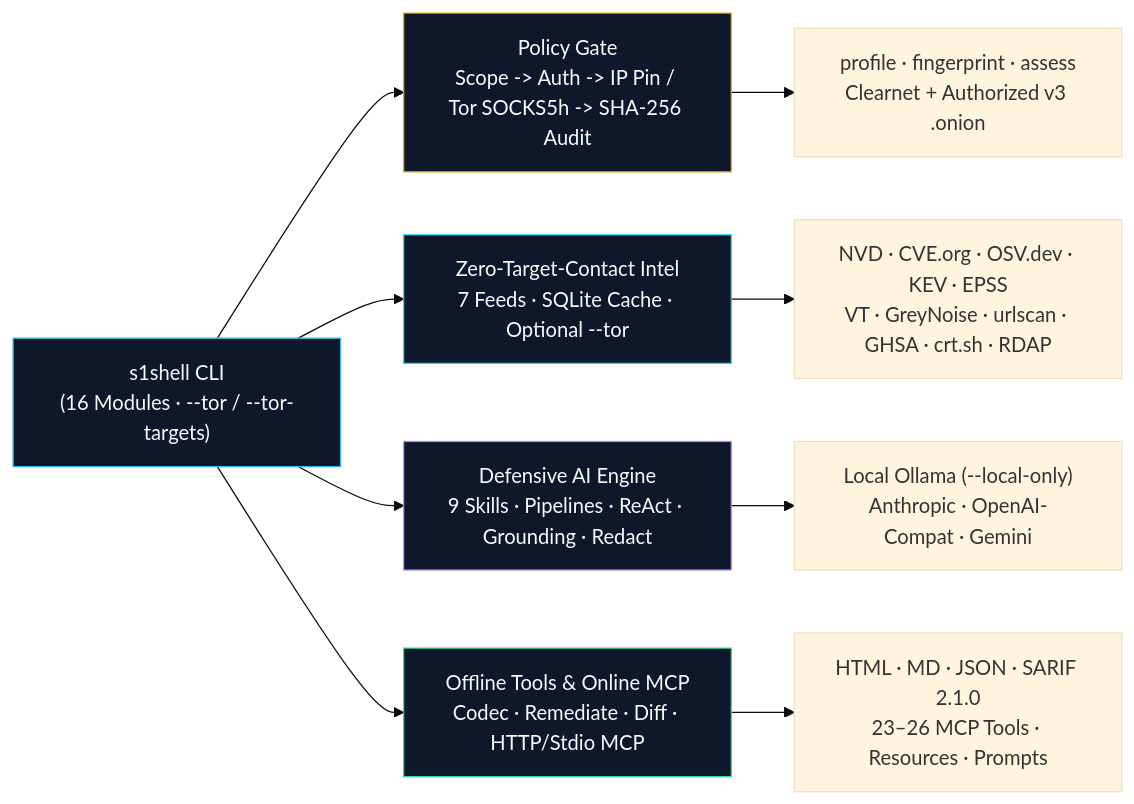
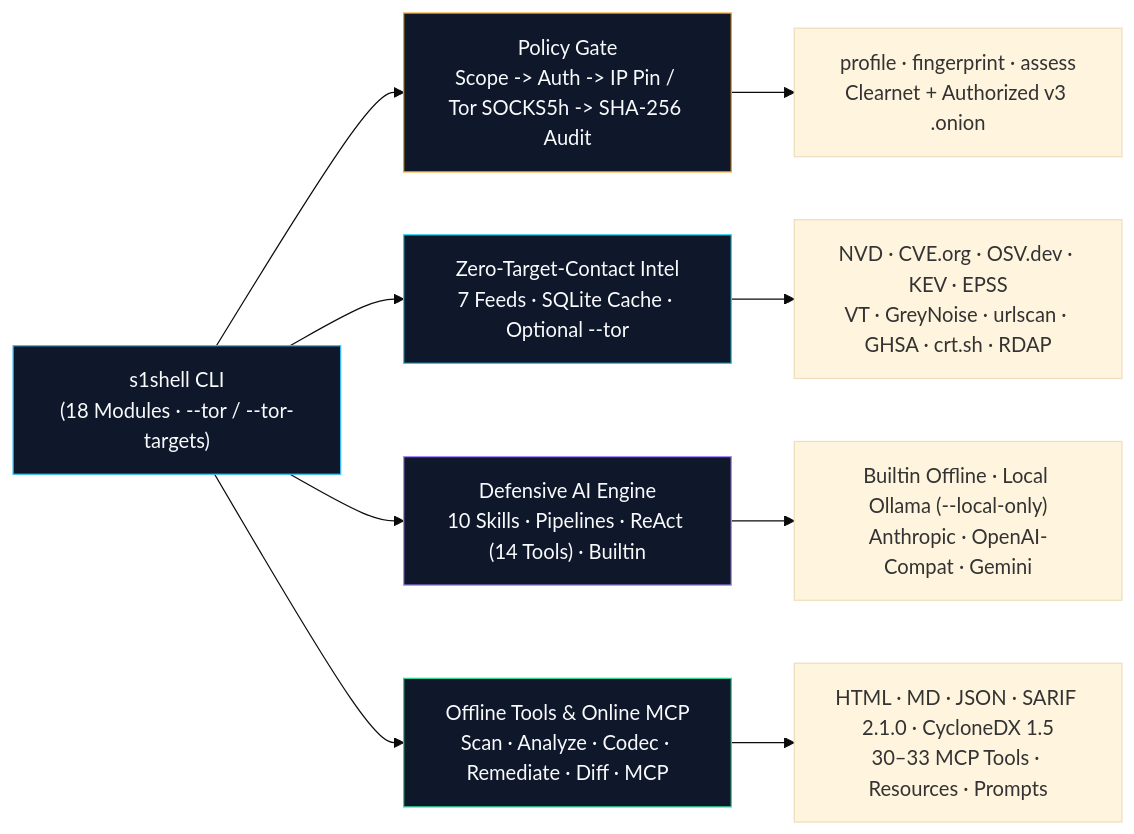
The first of 2 diagrams in README.md (willygailo/ProjectPY), drawn with Mermaid (base theme) before and after one commit. The commit also changed other lines of this file and 29 other files, not shown here.

Commit message:
feat: add offline security scanner, deep policy analyzers, and expanded test suite

````diff
--- a/README.md
+++ b/README.md
@@ -38,18 +38,18 @@
 ```mermaid
 flowchart LR
-    CLI["s1shell CLI\n(16 Modules · --tor / --tor-targets)"] --> GATE["Policy Gate\nScope -> Auth -> IP Pin / Tor SOCKS5h -> SHA-256 Audit"]
+    CLI["s1shell CLI\n(18 Modules · --tor / --tor-targets)"] --> GATE["Policy Gate\nScope -> Auth -> IP Pin / Tor SOCKS5h -> SHA-256 Audit"]
     CLI --> INTEL["Zero-Target-Contact Intel\n7 Feeds · SQLite Cache · Optional --tor"]
-    CLI --> AI["Defensive AI Engine\n9 Skills · Pipelines · ReAct · Grounding · Redact"]
-    CLI --> OFFLINE["Offline Tools & Online MCP\nCodec · Remediate · Diff · HTTP/Stdio MCP"]
+    CLI --> AI["Defensive AI Engine\n10 Skills · Pipelines · ReAct (14 Tools) · Builtin"]
+    CLI --> OFFLINE["Offline Tools & Online MCP\nScan · Analyze · Codec · Remediate · Diff · MCP"]
 
     GATE --> TARGET["profile · fingerprint · assess\nClearnet + Authorized v3 .onion"]
     INTEL --> FEEDS["NVD · CVE.org · OSV.dev · KEV · EPSS\nVT · GreyNoise · urlscan · GHSA · crt.sh · RDAP"]
-    AI --> MODELS["Local Ollama (--local-only)\nAnthropic · OpenAI-Compat · Gemini"]
-    OFFLINE --> OUT["HTML · MD · JSON · SARIF 2.1.0\n23–26 MCP Tools · Resources · Prompts"]
+    AI --> MODELS["Builtin Offline · Local Ollama (--local-only)\nAnthropic · OpenAI-Compat · Gemini"]
+    OFFLINE --> OUT["HTML · MD · JSON · SARIF 2.1.0 · CycloneDX 1.5\n30–33 MCP Tools · Resources · Prompts"]
 
     style CLI fill:#0f172a,stroke:#38bdf8,color:#f8fafc
     style GATE fill:#0f172a,stroke:#f59e0b,color:#f8fafc
     style INTEL fill:#0f172a,stroke:#22d3ee,color:#f8fafc
     style AI fill:#0f172a,stroke:#a78bfa,color:#f8fafc
     style OFFLINE fill:#0f172a,stroke:#34d399,color:#f8fafc
 ```
````
